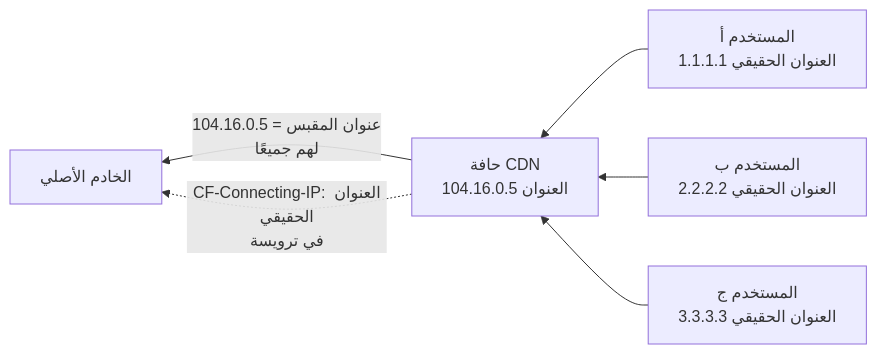
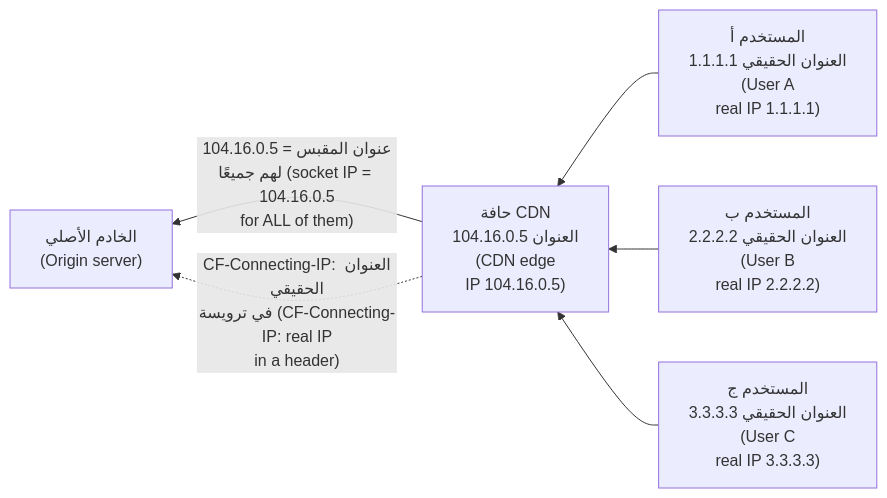
Before and after one commit to Tamoura/system-design-for-vibe-coders: the second of 7 diagrams in modules/05-users-abuse/module.ar.md, drawn with Mermaid. The commit also changed other lines of this file and 62 other files, not shown here.

First line of the commit message:
Arabic editions: English on every diagram label, RTL fixes, rebuild

````diff
--- a/modules/05-users-abuse/module.ar.md
+++ b/modules/05-users-abuse/module.ar.md
@@ -209,8 +209,8 @@
 ```mermaid
 flowchart RL
-    U1["المستخدم أ<br/>العنوان الحقيقي 1.1.1.1"] --> CDN["حافة CDN<br/>العنوان 104.16.0.5"]
-    U2["المستخدم ب<br/>العنوان الحقيقي 2.2.2.2"] --> CDN
-    U3["المستخدم ج<br/>العنوان الحقيقي 3.3.3.3"] --> CDN
-    CDN -->|"عنوان المقبس = 104.16.0.5<br/>لهم جميعًا"| O["الخادم الأصلي"]
-    CDN -.->|"CF-Connecting-IP: العنوان الحقيقي<br/>في ترويسة"| O
+    U1["المستخدم أ<br/>العنوان الحقيقي 1.1.1.1<br/>(User A<br/>real IP 1.1.1.1)"] --> CDN["حافة CDN<br/>العنوان 104.16.0.5<br/>(CDN edge<br/>IP 104.16.0.5)"]
+    U2["المستخدم ب<br/>العنوان الحقيقي 2.2.2.2<br/>(User B<br/>real IP 2.2.2.2)"] --> CDN
+    U3["المستخدم ج<br/>العنوان الحقيقي 3.3.3.3<br/>(User C<br/>real IP 3.3.3.3)"] --> CDN
+    CDN -->|"عنوان المقبس = 104.16.0.5<br/>لهم جميعًا (socket IP = 104.16.0.5<br/>for ALL of them)"| O["الخادم الأصلي<br/>(Origin server)"]
+    CDN -.->|"CF-Connecting-IP: العنوان الحقيقي<br/>في ترويسة (CF-Connecting-IP: real IP<br/>in a header)"| O
 ```
````
